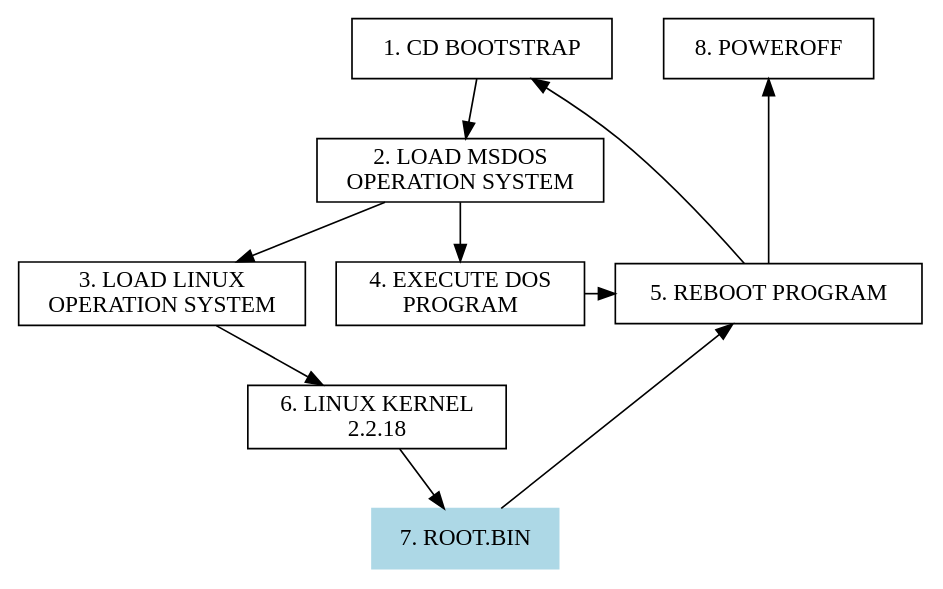
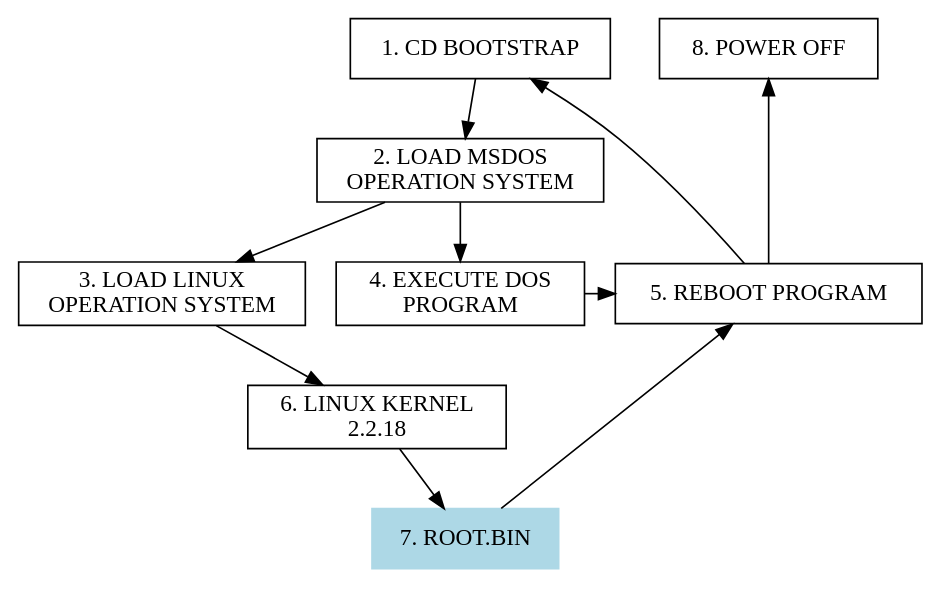
The diagram in Courses/Vasco da Gama/Images/18a.gv (GiovaniPM/DMNTests), drawn with Graphviz before and after one commit.

Commit message:
giova(DESKTOP-PG18CKU) 210303130608

```diff
--- a/Courses/Vasco da Gama/Images/18a.gv
+++ b/Courses/Vasco da Gama/Images/18a.gv
@@ -1,22 +1,22 @@
 digraph G {
     node [shape=box];
 
     n01 [label=" 1. CD BOOTSTRAP"];
     n02 [label=" 2. LOAD MSDOS\nOPERATION SYSTEM"];
     n03 [label=" 3. LOAD LINUX\nOPERATION SYSTEM"];
     n04 [label=" 4. EXECUTE DOS\nPROGRAM"];
     n05 [label=" 5. REBOOT PROGRAM"];
     n06 [label=" 6. LINUX KERNEL\n2.2.18"];
     n07 [label=" 7. ROOT.BIN",color=lightblue,style="filled"];
-    n08 [label=" 8. POWEROFF"];
+    n08 [label=" 8. POWER OFF"];
 
     n01 -> n02;
     n02 -> n03 -> n06 -> n07;
     n02 -> n04 -> n05;
     n05 -> n01;
     n05 -> n08;
     n07 -> n05;
 
     { rank=same; n03 n04 n05 }
     { rank=same; n01 n08 }
 }
```
